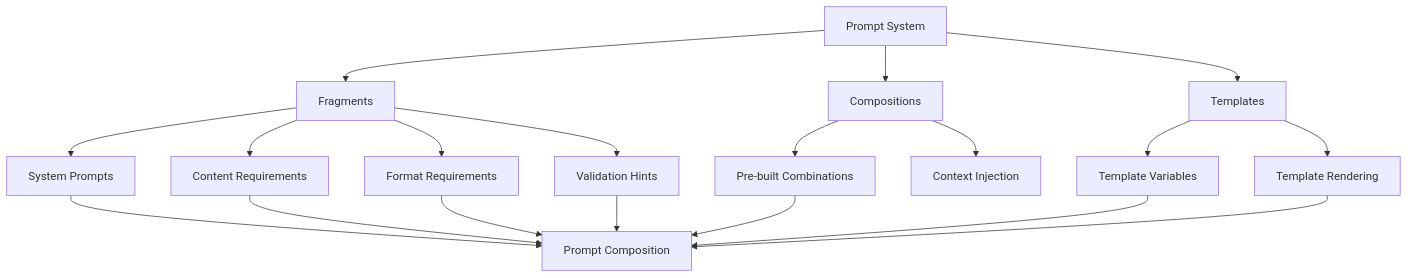
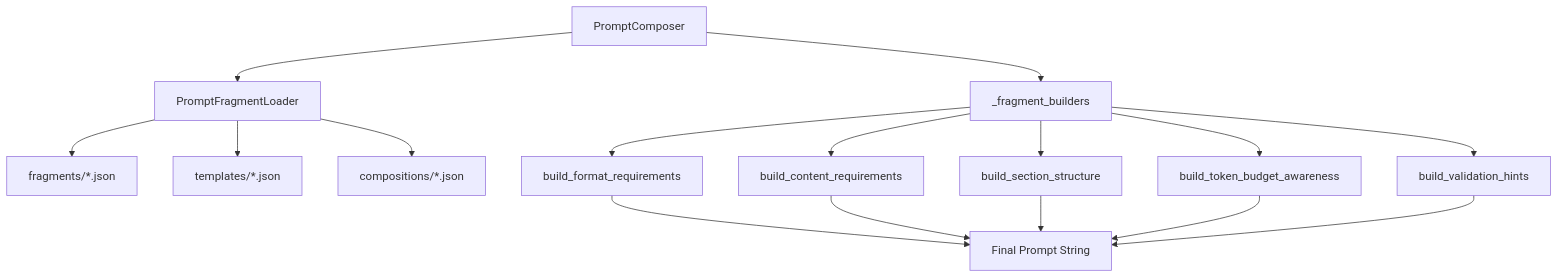
Before and after one commit to docxology/template: the diagram in infrastructure/llm/prompts/README.md, drawn with Mermaid. The commit also changed other lines of this file and 952 other files, not shown here.

````diff
--- a/infrastructure/llm/prompts/README.md
+++ b/infrastructure/llm/prompts/README.md
@@ -159,25 +150,21 @@
 ```mermaid
 graph TD
-    A[Prompt System] --> B[Fragments]
-    A --> C[Compositions]
-    A --> D[Templates]
+    A[PromptComposer] --> B[PromptFragmentLoader]
+    A --> C[_fragment_builders]
 
-    B --> E[System Prompts]
-    B --> F[Content Requirements]
-    B --> G[Format Requirements]
-    B --> H[Validation Hints]
+    B --> D[fragments/*.json]
+    B --> E[templates/*.json]
+    B --> F[compositions/*.json]
 
-    C --> I[Pre-built Combinations]
-    C --> J[Context Injection]
+    C --> G[build_format_requirements]
+    C --> H[build_content_requirements]
+    C --> I[build_section_structure]
+    C --> J[build_token_budget_awareness]
+    C --> K[build_validation_hints]
 
-    D --> K[Template Variables]
-    D --> L[Template Rendering]
-
-    E --> M[Prompt Composition]
-    F --> M
-    G --> M
-    H --> M
-    I --> M
-    K --> M
-    L --> M
+    G --> L[Final Prompt String]
+    H --> L
+    I --> L
+    J --> L
+    K --> L
 ```
````
